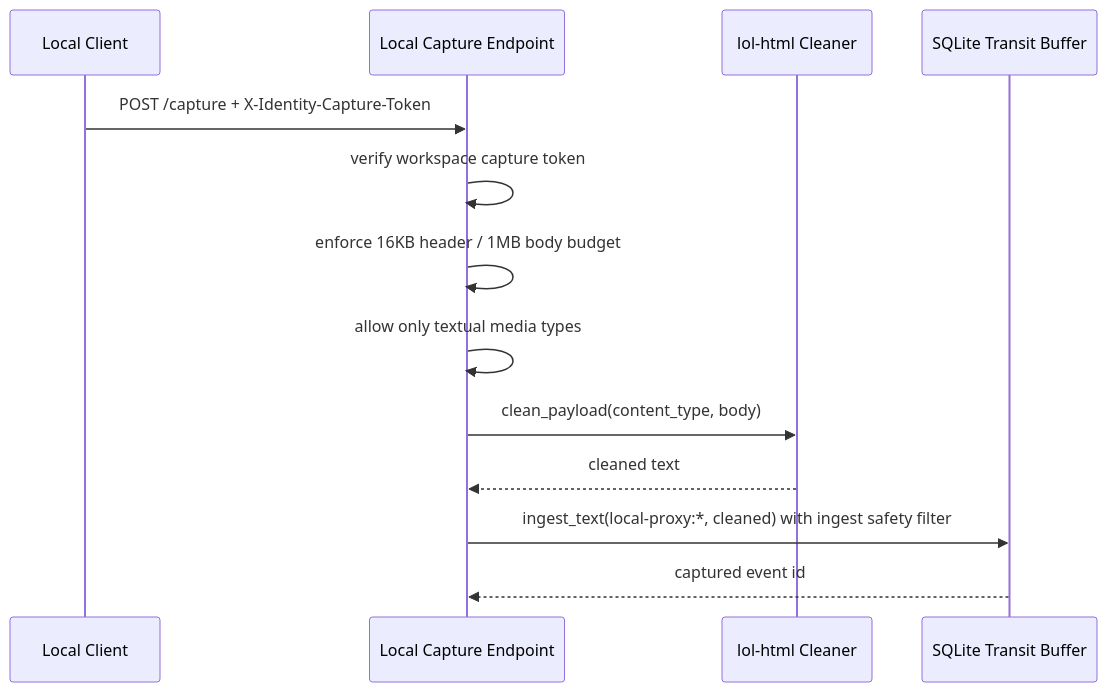
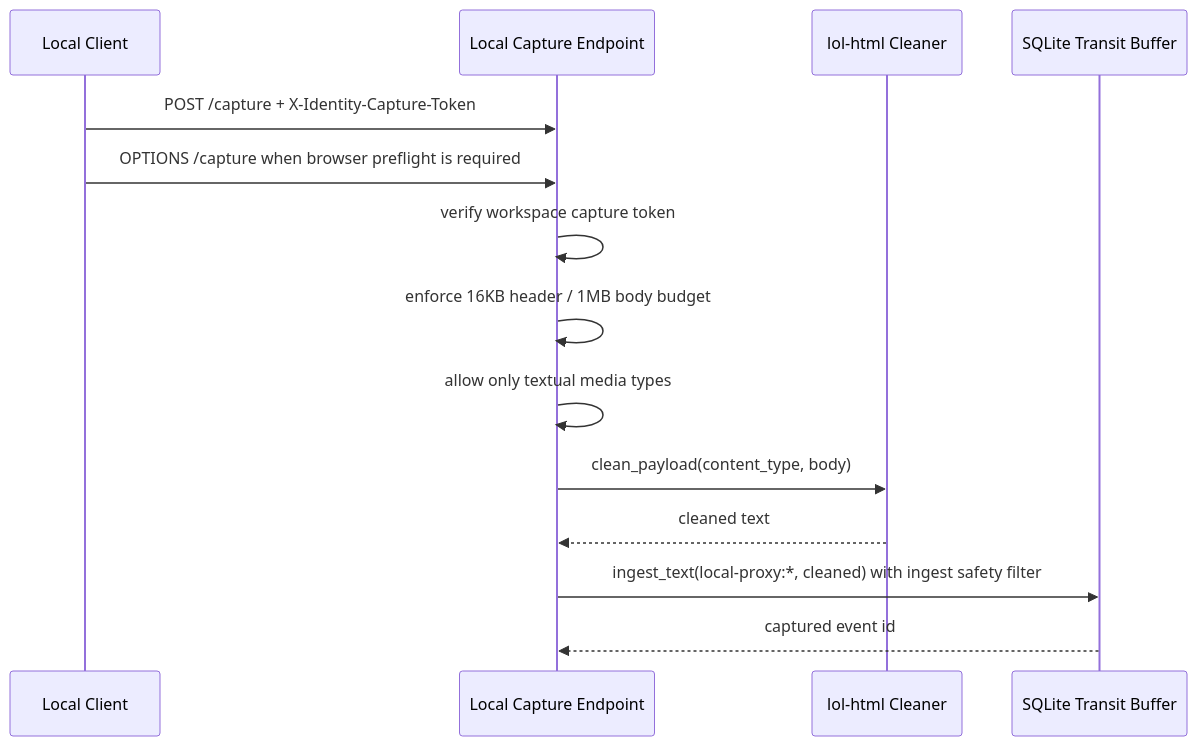
The fifth of 17 diagrams in docs/system-map.md (FiNdAlMkSkInDaL/Identity), drawn with Mermaid before and after one commit. The commit also changed other lines of this file and 12 other files, not shown here.

Commit message:
Document and support explicit browser page capture

````diff
--- a/docs/system-map.md
+++ b/docs/system-map.md
@@ -311,16 +318,17 @@
 ```mermaid
 sequenceDiagram
     participant Client as Local Client
     participant Proxy as Local Capture Endpoint
     participant Cleaner as lol-html Cleaner
     participant Transit as SQLite Transit Buffer
 
     Client->>Proxy: POST /capture + X-Identity-Capture-Token
+    Client->>Proxy: OPTIONS /capture when browser preflight is required
     Proxy->>Proxy: verify workspace capture token
     Proxy->>Proxy: enforce 16KB header / 1MB body budget
     Proxy->>Proxy: allow only textual media types
     Proxy->>Cleaner: clean_payload(content_type, body)
     Cleaner-->>Proxy: cleaned text
     Proxy->>Transit: ingest_text(local-proxy:*, cleaned) with ingest safety filter
     Transit-->>Proxy: captured event id
 ```
````
